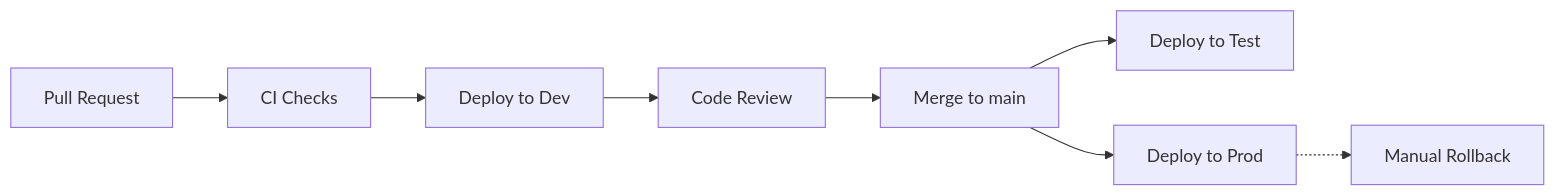
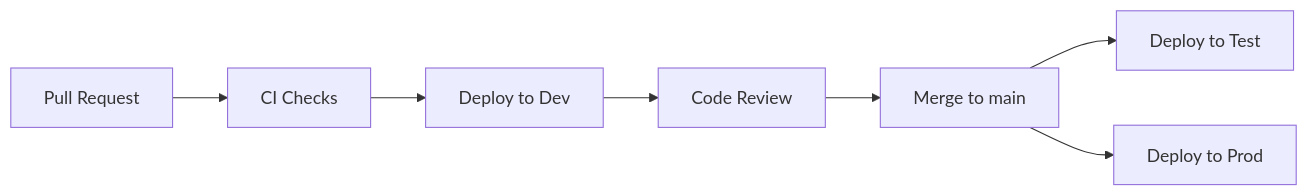
Before and after one commit to equinor/procosys-library-api: the diagram in CONTRIBUTING.md, drawn with Mermaid. The commit also changed 1 other file, not shown here.

````diff
--- a/CONTRIBUTING.md
+++ b/CONTRIBUTING.md
@@ -17,10 +17,9 @@
 ```mermaid
 flowchart LR
     PR[Pull Request] --> CI[CI Checks]
     CI --> Dev[Deploy to Dev]
     Dev --> Review[Code Review]
     Review --> Merge[Merge to main]
     Merge --> Test[Deploy to Test]
     Merge --> Prod[Deploy to Prod]
-    Prod -.-> Rollback[Manual Rollback]
 ```
````
